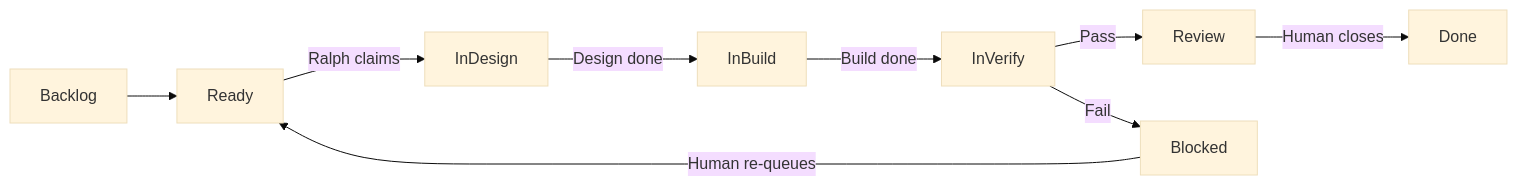
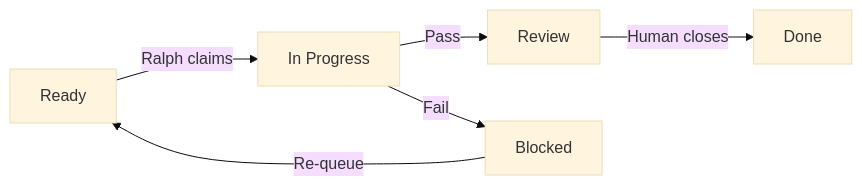
One commit to samdharma/ralph_loop changed the first of 3 diagrams in docs/getting_started.md. Above: the diagram before and after it, drawn with Mermaid (base theme). The commit also changed other lines of this file and 3 other files, not shown here.

````diff
--- a/docs/getting_started.md
+++ b/docs/getting_started.md
@@ -194,11 +99,8 @@
 ```mermaid
 flowchart LR
-    Backlog --> Ready
-    Ready -->|"Ralph claims"| InDesign
-    InDesign -->|"Design done"| InBuild
-    InBuild -->|"Build done"| InVerify
-    InVerify -->|"Pass"| Review
-    InVerify -->|"Fail"| Blocked
+    Ready -->|"Ralph claims"| InProgress["In Progress"]
+    InProgress -->|"Pass"| Review
+    InProgress -->|"Fail"| Blocked
+    Blocked -->|"Re-queue"| Ready
     Review -->|"Human closes"| Done
-    Blocked -->|"Human re-queues"| Ready
 ```
````
